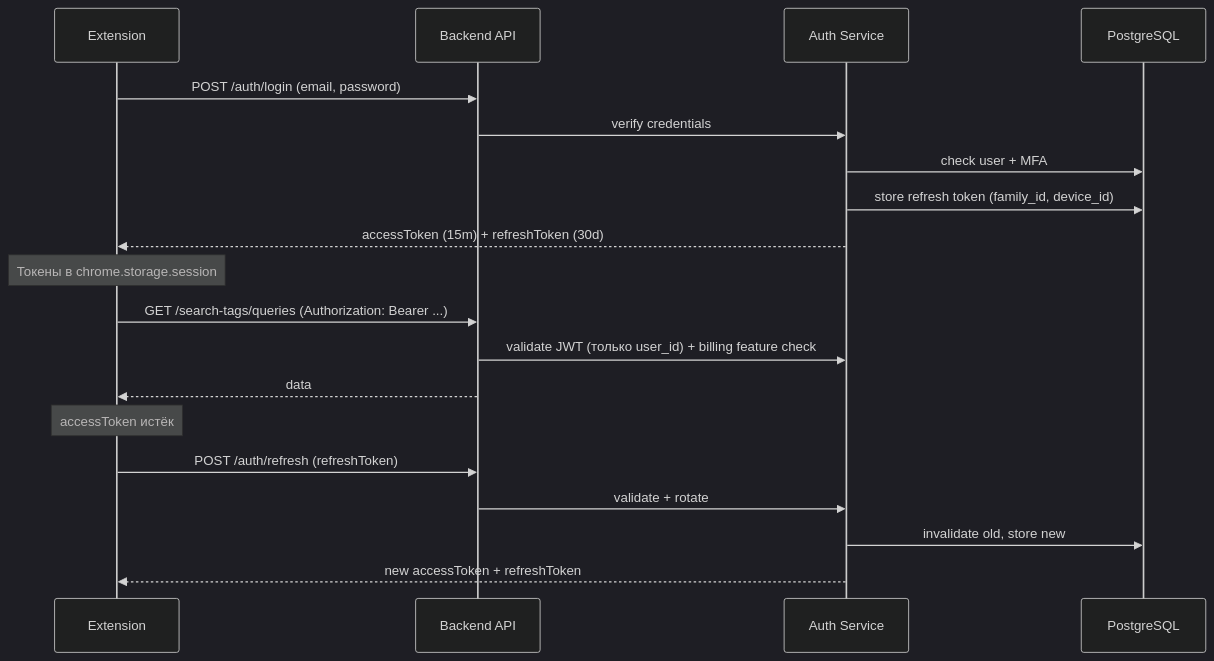
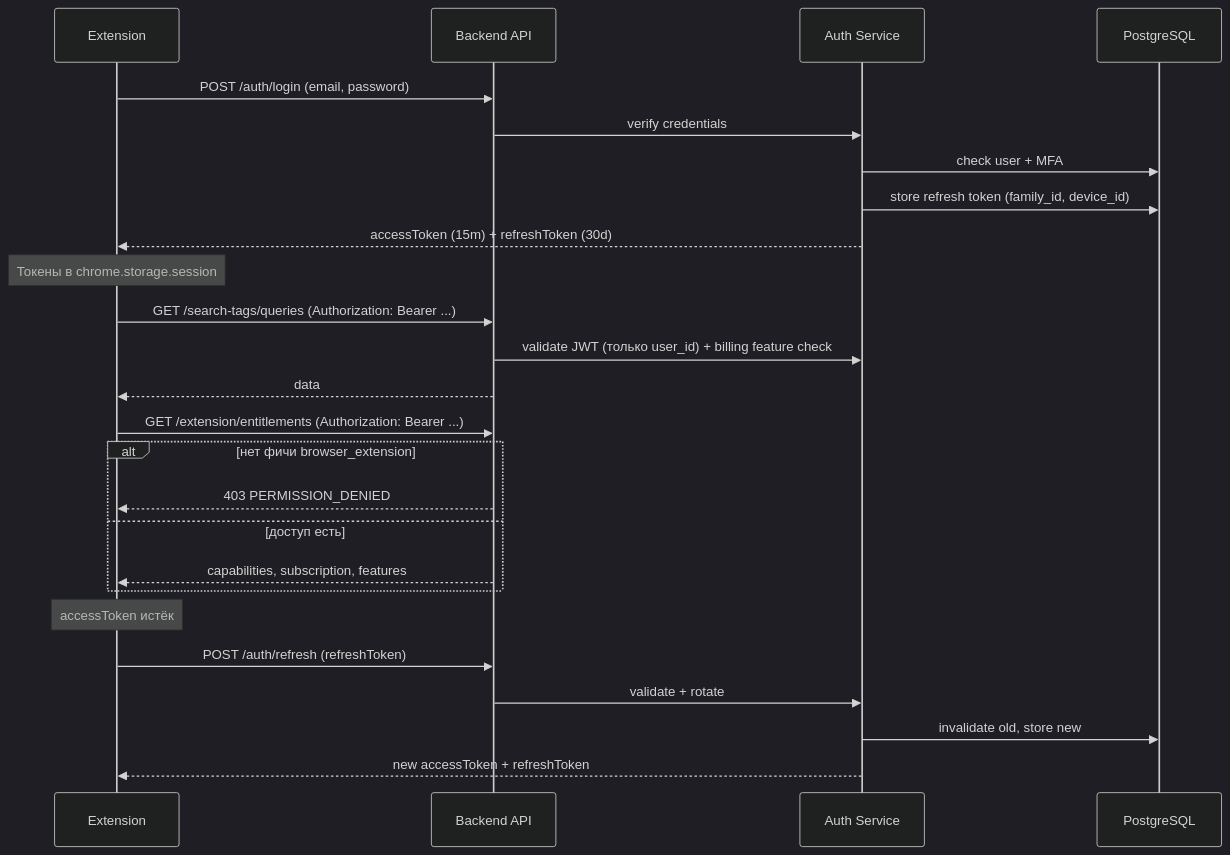
Before and after one commit to MarketHackerLabs/docs: the first of 2 diagrams in architecture/authentication.md, drawn with Mermaid (dark theme). The commit also changed other lines of this file and 4 other files, not shown here.

````diff
--- a/architecture/authentication.md
+++ b/architecture/authentication.md
@@ -13,26 +13,33 @@
 ```mermaid
 sequenceDiagram
     participant EXT as Extension
     participant API as Backend API
     participant AUTH as Auth Service
     participant PG as PostgreSQL
 
     EXT->>API: POST /auth/login (email, password)
     API->>AUTH: verify credentials
     AUTH->>PG: check user + MFA
     AUTH->>PG: store refresh token (family_id, device_id)
     AUTH-->>EXT: accessToken (15m) + refreshToken (30d)
 
     Note over EXT: Токены в chrome.storage.session
 
     EXT->>API: GET /search-tags/queries (Authorization: Bearer ...)
     API->>AUTH: validate JWT (только user_id) + billing feature check
     API-->>EXT: data
 
+    EXT->>API: GET /extension/entitlements (Authorization: Bearer ...)
+    alt нет фичи browser_extension
+        API-->>EXT: 403 PERMISSION_DENIED
+    else доступ есть
+        API-->>EXT: capabilities, subscription, features
+    end
+
     Note over EXT: accessToken истёк
 
     EXT->>API: POST /auth/refresh (refreshToken)
     API->>AUTH: validate + rotate
     AUTH->>PG: invalidate old, store new
     AUTH-->>EXT: new accessToken + refreshToken
 ```
````
